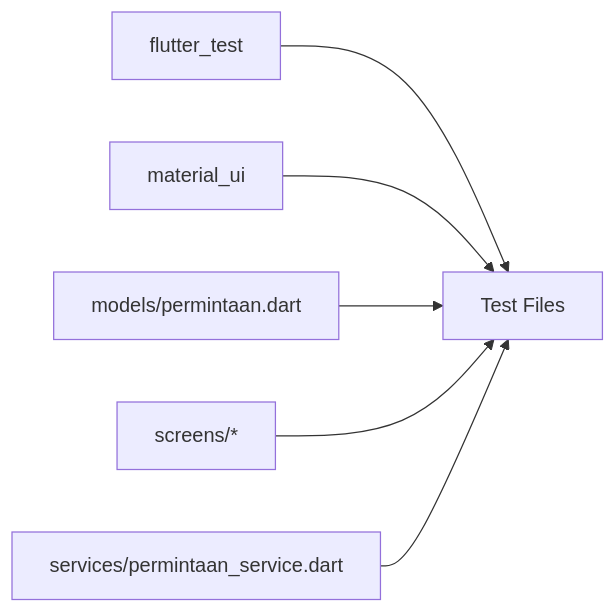
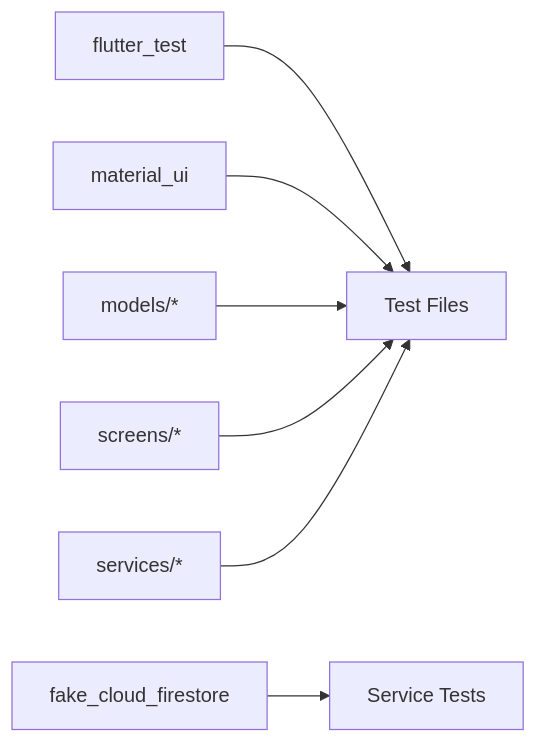
Before and after one commit to rdsarjito/whoosh-ramah: the tenth of 10 diagrams in .qoder/repowiki/en/content/Testing Strategy.md, drawn with Mermaid. The commit also changed other lines of this file and 68 other files, not shown here.

````diff
--- a/.qoder/repowiki/en/content/Testing Strategy.md
+++ b/.qoder/repowiki/en/content/Testing Strategy.md
@@ -284,8 +428,9 @@
 ```mermaid
 graph LR
 FT["flutter_test"] --> Tests["Test Files"]
 MUI["material_ui"] --> Tests
-Models["models/permintaan.dart"] --> Tests
+FCF["fake_cloud_firestore"] --> ST["Service Tests"]
+Models["models/*"] --> Tests
 Screens["screens/*"] --> Tests
-Services["services/permintaan_service.dart"] --> Tests
+Services["services/*"] --> Tests
 ```
````
